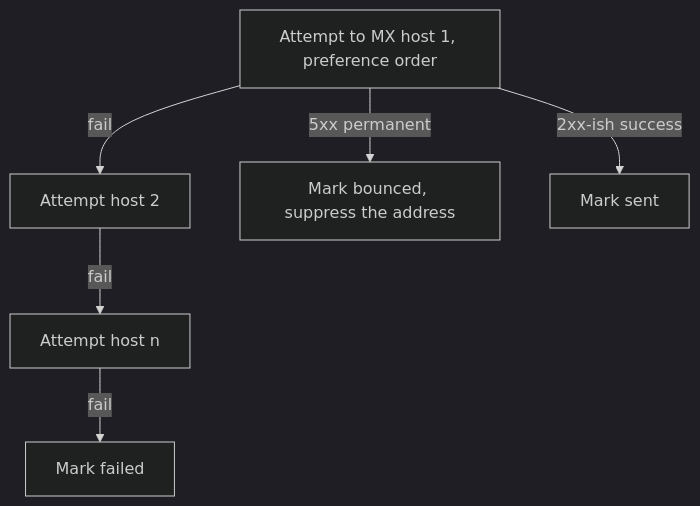
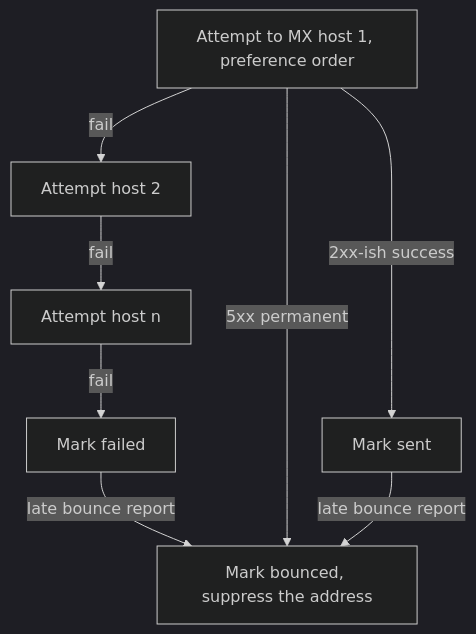
Before and after one commit to codingjoe/relay: the second of 2 diagrams in docs/docs/reliability.md, drawn with Mermaid (dark theme). The commit also changed other lines of this file and 20 other files, not shown here.

````diff
--- a/docs/docs/reliability.md
+++ b/docs/docs/reliability.md
@@ -59,8 +61,10 @@
 ```mermaid
 flowchart TD
     A[Attempt to MX host 1, preference order] -- fail --> B[Attempt host 2]
     B -- fail --> C[Attempt host n]
     C -- fail --> D[Mark failed]
+    D -- late bounce report --> E
     A -- 5xx permanent --> E[Mark bounced, suppress the address]
     A -- 2xx-ish success --> F[Mark sent]
+    F -- late bounce report --> E
 ```
````
